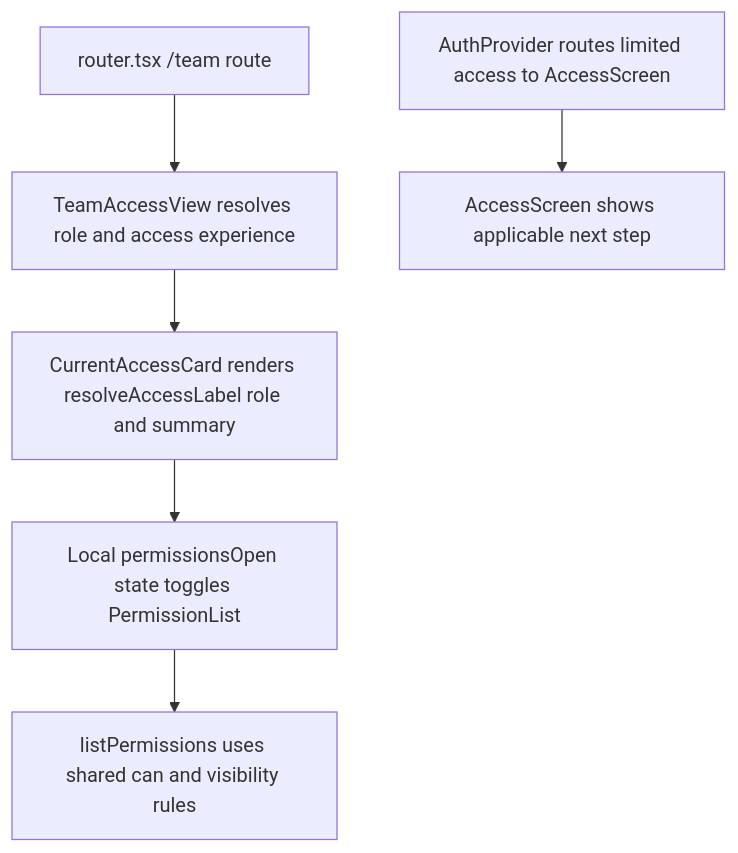
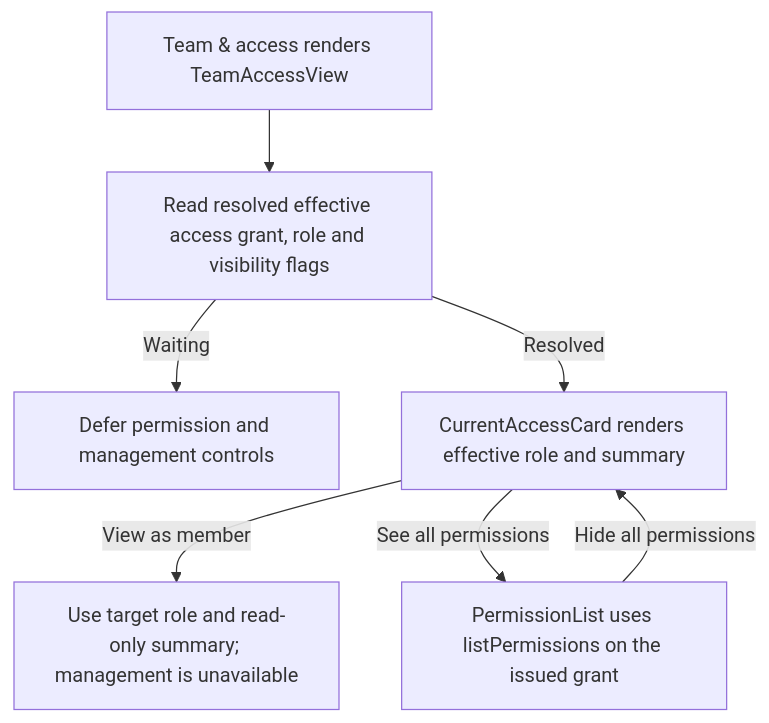
The second of 2 diagrams in user-stories/team/US-TEAM-01-check-access.md (Kevinjohn/capacitylens), drawn with Mermaid before and after one commit. The commit also changed other lines of this file and 172 other files, not shown here.

Commit message:
docs: reconcile user story code flows with source

````diff
--- a/user-stories/team/US-TEAM-01-check-access.md
+++ b/user-stories/team/US-TEAM-01-check-access.md
@@ -31,8 +31,9 @@
 ```mermaid
 flowchart TD
-    Route["router.tsx /team route"] --> View["TeamAccessView resolves role and access experience"]
-    View --> Card["CurrentAccessCard renders resolveAccessLabel role and summary"]
-    Card --> Toggle["Local permissionsOpen state toggles PermissionList"]
-    Toggle --> Permissions["listPermissions uses shared can and visibility rules"]
-    Auth["AuthProvider routes limited access to AccessScreen"] --> Limited["AccessScreen shows applicable next step"]
+  route["Team & access renders TeamAccessView"] --> grant["Read resolved effective access grant, role and visibility flags"]
+  grant -->|Waiting| pending["Defer permission and management controls"]
+  grant -->|Resolved| card["CurrentAccessCard renders effective role and summary"]
+  card -->|View as member| projected["Use target role and read-only summary; management is unavailable"]
+  card -->|See all permissions| list["PermissionList uses listPermissions on the issued grant"]
+  list -->|Hide all permissions| card
 ```
````
